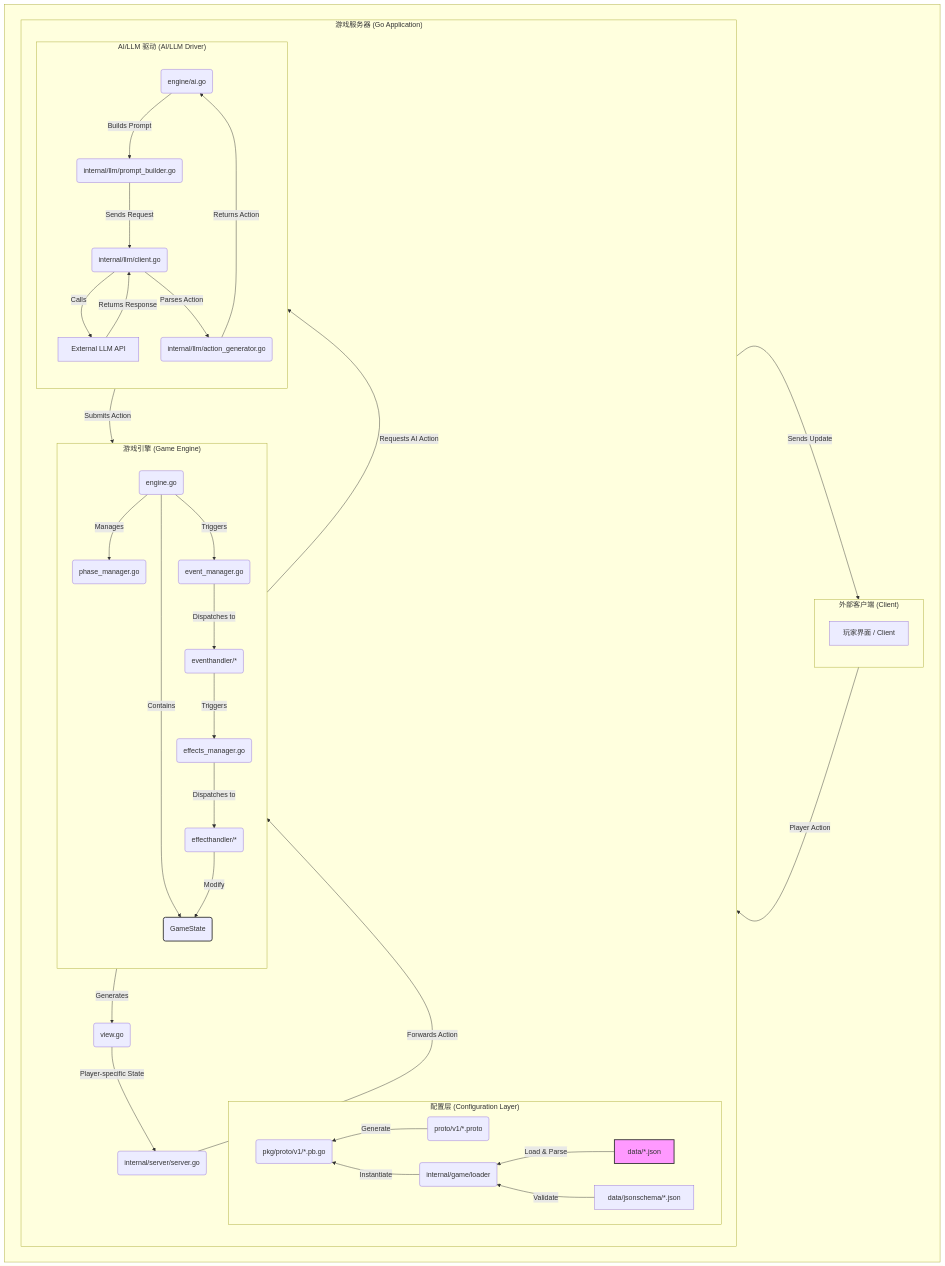
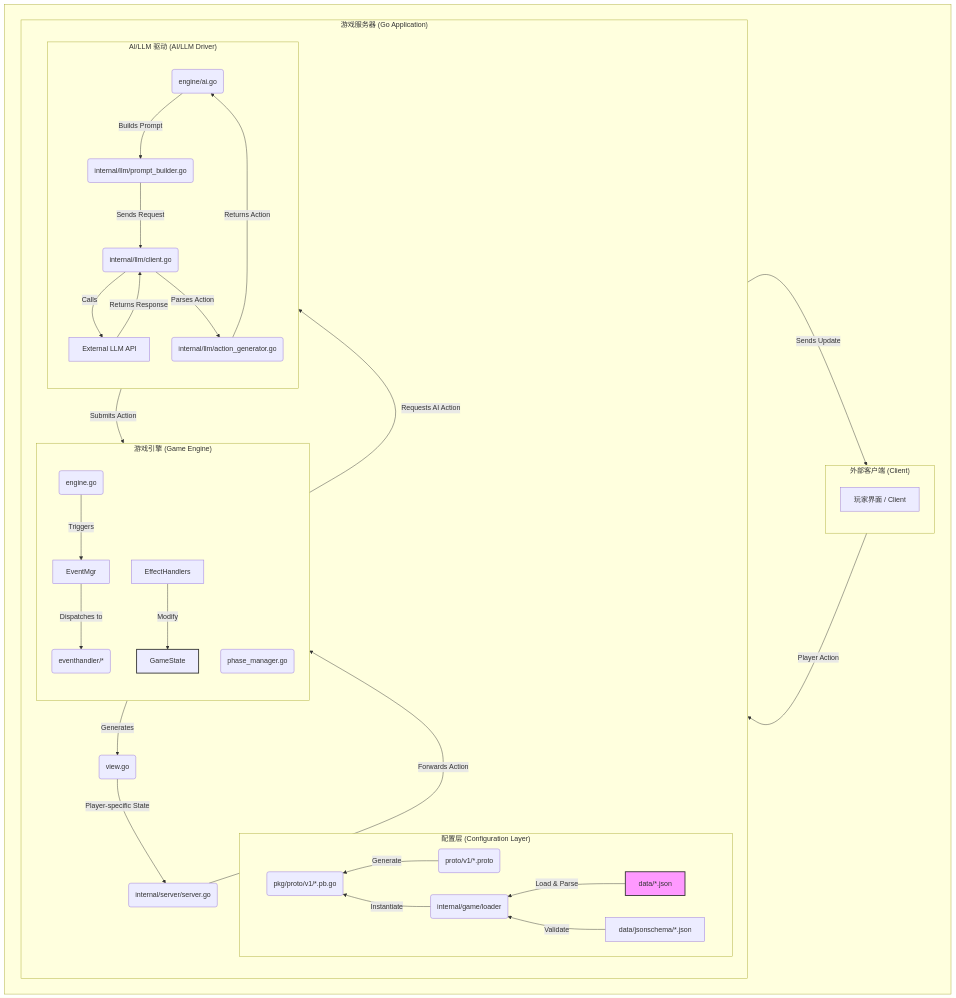
One commit to constellation39/tragedyLooper changed the first of 2 diagrams in README.md. Above: the diagram before and after it, drawn with Mermaid. The commit also changed 16 other files, not shown here.

First line of the commit message:
refactor(engine): remove dedicated event manager

````diff
--- a/README.md
+++ b/README.md
@@ -115,70 +115,62 @@
 ```mermaid
 graph TD
     subgraph " "
         direction LR
         subgraph "外部客户端 (Client)"
             direction TB
             UI[玩家界面 / Client]
         end
 
         subgraph "游戏服务器 (Go Application)"
             direction TB
             
             subgraph "配置层 (Configuration Layer)"
                 direction RL
                 JSON[data/*.json] -->|Load & Parse| Loader(internal/game/loader)
                 Schema[data/jsonschema/*.json] -->|Validate| Loader
                 Proto(proto/v1/*.proto) -->|Generate| PB(pkg/proto/v1/*.pb.go)
                 Loader -->|Instantiate| PB
             end
             
             Server(internal/server/server.go)
 
             subgraph "游戏引擎 (Game Engine)"
                 direction TB
                 Engine(engine.go)
                 PhaseMgr(phase_manager.go)
-                EventMgr(event_manager.go)
-                EffectMgr(effects_manager.go)
-                
-                Engine -- Manages --> PhaseMgr
-                Engine -- Contains --> GameState(GameState)
-                
                 EventMgr -- Dispatches to --> EventHandlers(eventhandler/*)
-                EventHandlers -- Triggers --> EffectMgr
-                EffectMgr -- Dispatches to --> EffectHandlers(effecthandler/*)
                 EffectHandlers -- Modify --> GameState
             end
 
             subgraph "AI/LLM 驱动 (AI/LLM Driver)"
                 direction TB
                 GameAI(engine/ai.go)
                 LLM_Client(internal/llm/client.go)
                 PromptBuilder(internal/llm/prompt_builder.go)
                 ActionGenerator(internal/llm/action_generator.go)
                 ExternalLLM[External LLM API]
 
                 GameAI -->|Builds Prompt| PromptBuilder
                 PromptBuilder -->|Sends Request| LLM_Client
                 LLM_Client -->|Calls| ExternalLLM
                 ExternalLLM -->|Returns Response| LLM_Client
                 LLM_Client -->|Parses Action| ActionGenerator
             end
 
             UI -- Player Action --> Server
             Server -- Forwards Action --> Engine
             Engine -- Triggers --> EventMgr
             
             Engine -- Requests AI Action --> GameAI
             ActionGenerator -- Returns Action --> GameAI
             GameAI -- Submits Action --> Engine
 
             Engine -- Generates --> View(view.go)
             View -- Player-specific State --> Server
             Server -- Sends Update --> UI
         end
     end
 
     style GameState fill:#lightgrey,stroke:#333,stroke-width:2px
     style JSON fill:#f9f,stroke:#333,stroke-width:2px
 ```
````
